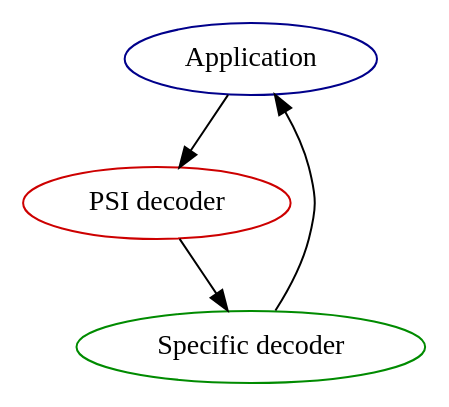
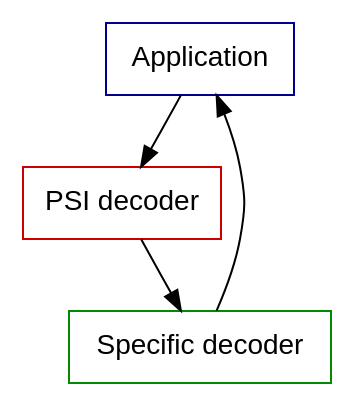
One commit to mkrufky/libdvbpsi changed the diagram in doc/decoder.dot. Above: the diagram before and after it, drawn with Graphviz. The commit also changed 1 other file, not shown here.

```diff
--- a/doc/decoder.dot
+++ b/doc/decoder.dot
@@ -1,10 +1,16 @@
 digraph decoder {
-  "app" [ label="Application"
-          color="blue4" ];
-  "psi_dec" [ label="PSI decoder"
-              color="red3" ];
-  "specific_dec" [ label="Specific decoder"
-                   color="green4" ];
+  "app"                 [ shape="box"
+                          label="Application"
+                          color="blue4"
+                          fontname="Helvetica" ];
+  "psi_dec"             [ shape="box"
+                          label="PSI decoder"
+                          color="red3"
+                          fontname="Helvetica" ];
+  "specific_dec"        [ shape="box"
+                          label="Specific decoder"
+                          color="green4"
+                          fontname="Helvetica" ];
 
   app -> psi_dec -> specific_dec -> app
 }
```
